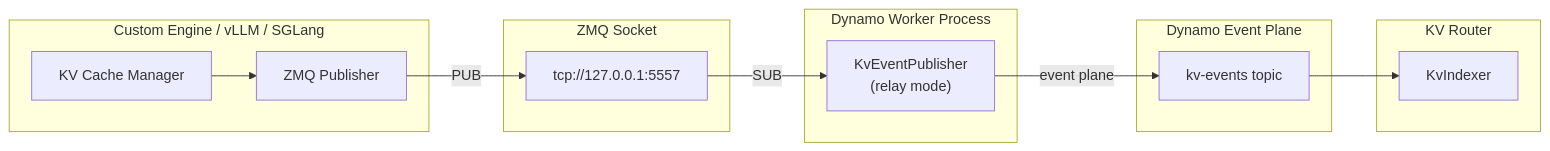
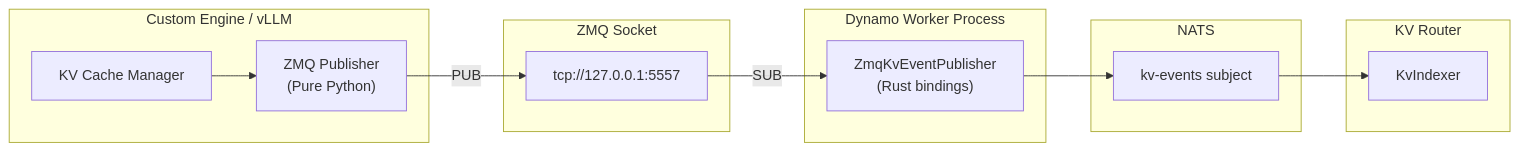
Before and after one commit to ai-dynamo/dynamo: the second of 2 diagrams in docs/pages/integrations/kv-events-custom-engines.md, drawn with Mermaid. The commit also changed other lines of this file and 384 other files, not shown here.

````diff
--- a/docs/pages/integrations/kv-events-custom-engines.md
+++ b/docs/pages/integrations/kv-events-custom-engines.md
@@ -141,29 +151,29 @@
 ```mermaid
 flowchart LR
-    subgraph Engine["Custom Engine / vLLM / SGLang"]
+    subgraph Engine["Custom Engine / vLLM"]
         cache["KV Cache Manager"]
-        zmq_pub["ZMQ Publisher"]
+        zmq_pub["ZMQ Publisher<br/>(Pure Python)"]
     end
 
     subgraph ZMQ["ZMQ Socket"]
         socket["tcp://127.0.0.1:5557"]
     end
 
     subgraph Worker["Dynamo Worker Process"]
-        relay["KvEventPublisher<br/>(relay mode)"]
+        zmq_sub["ZmqKvEventPublisher<br/>(Rust bindings)"]
     end
 
-    subgraph EP["Dynamo Event Plane"]
-        topic["kv-events topic"]
+    subgraph NATS["NATS"]
+        subject["kv-events subject"]
     end
 
     subgraph Router["KV Router"]
         indexer["KvIndexer"]
     end
 
     cache --> zmq_pub
     zmq_pub -->|"PUB"| socket
-    socket -->|"SUB"| relay
-    relay -->|"event plane"| topic
-    topic --> indexer
+    socket -->|"SUB"| zmq_sub
+    zmq_sub --> subject
+    subject --> indexer
 ```
````
